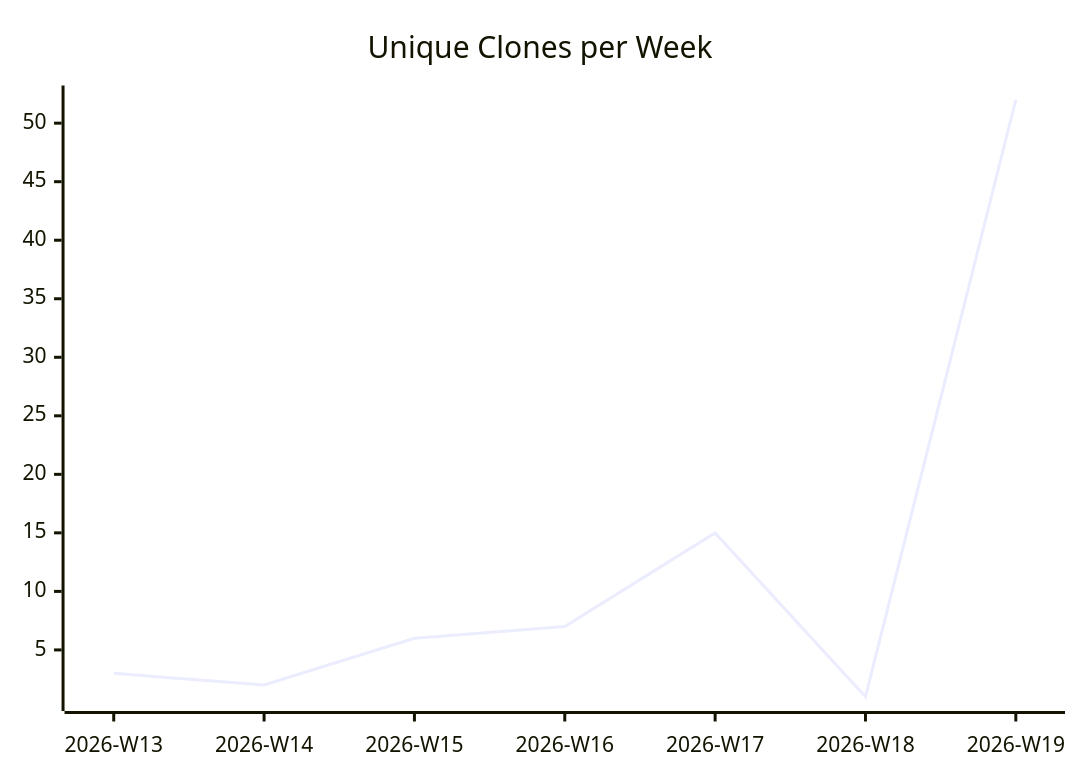
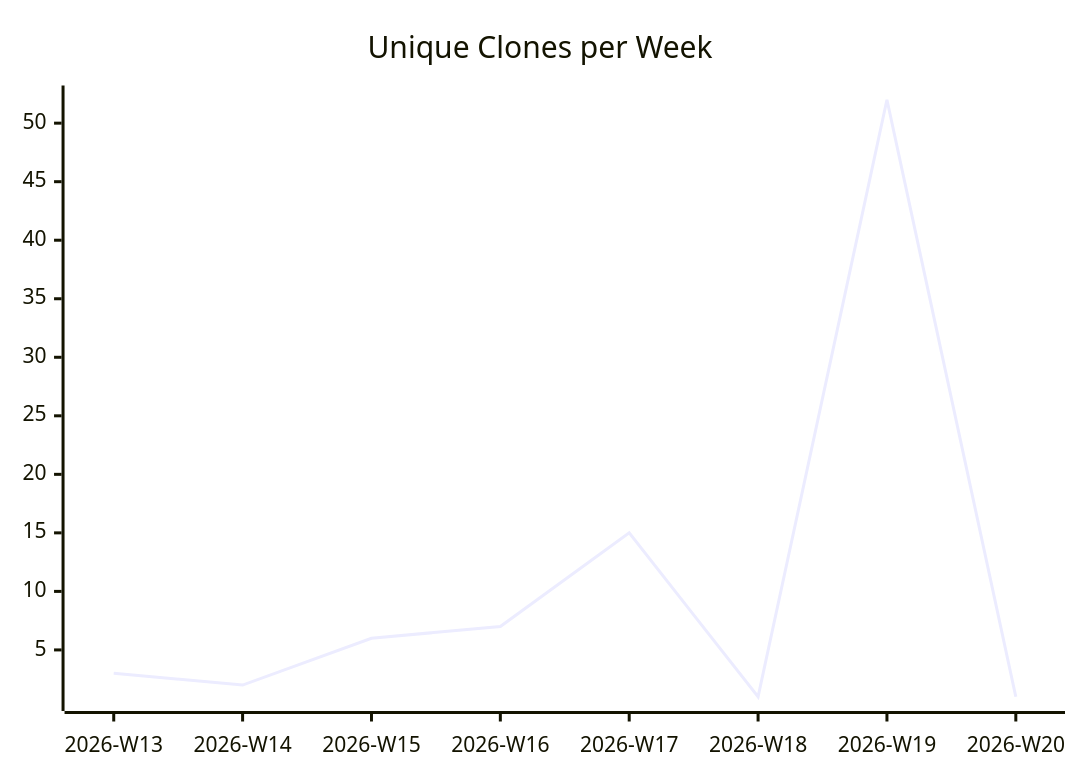
Before and after one commit to justdavis-family/github-analytics-data: the third of 3 diagrams in karlmdavis/justdavis-ansible/README.md, drawn with Mermaid. The commit also changed other lines of this file and 176 other files, not shown here.

````diff
--- a/karlmdavis/justdavis-ansible/README.md
+++ b/karlmdavis/justdavis-ansible/README.md
@@ -19,6 +19,6 @@
 ```mermaid
 xychart-beta
   title "Unique Clones per Week"
-  x-axis ["2026-W13", "2026-W14", "2026-W15", "2026-W16", "2026-W17", "2026-W18", "2026-W19"]
-  line [3, 2, 6, 7, 15, 1, 52]
+  x-axis ["2026-W13", "2026-W14", "2026-W15", "2026-W16", "2026-W17", "2026-W18", "2026-W19", "2026-W20"]
+  line [3, 2, 6, 7, 15, 1, 52, 1]
 ```
````
